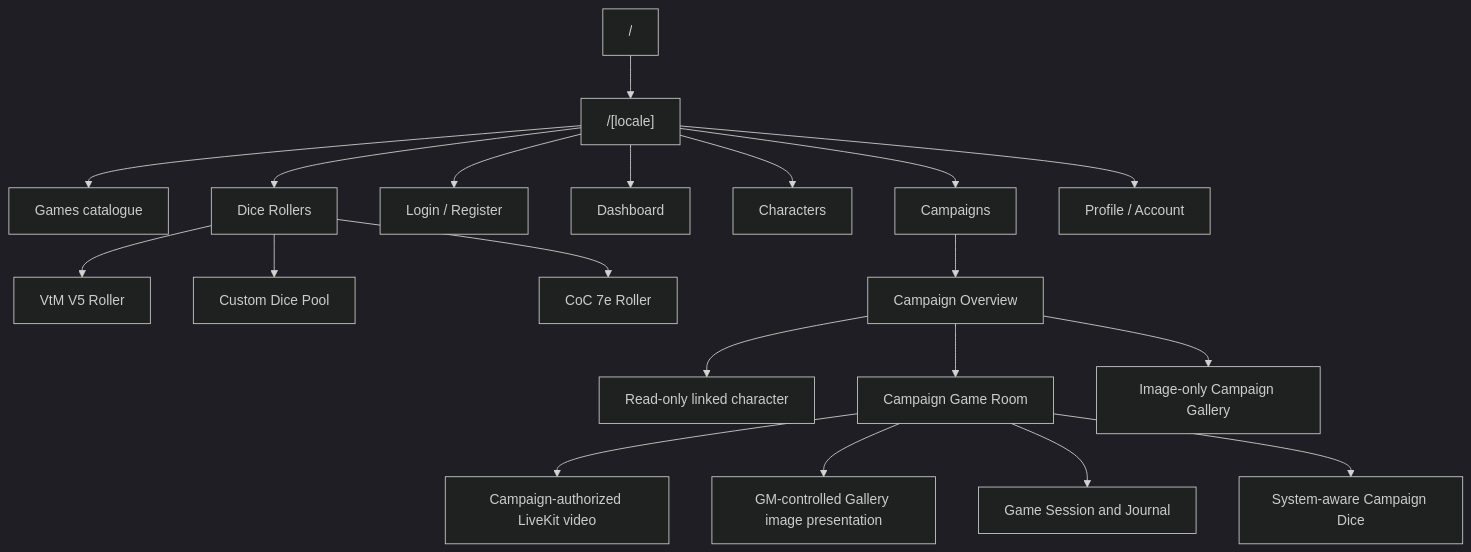
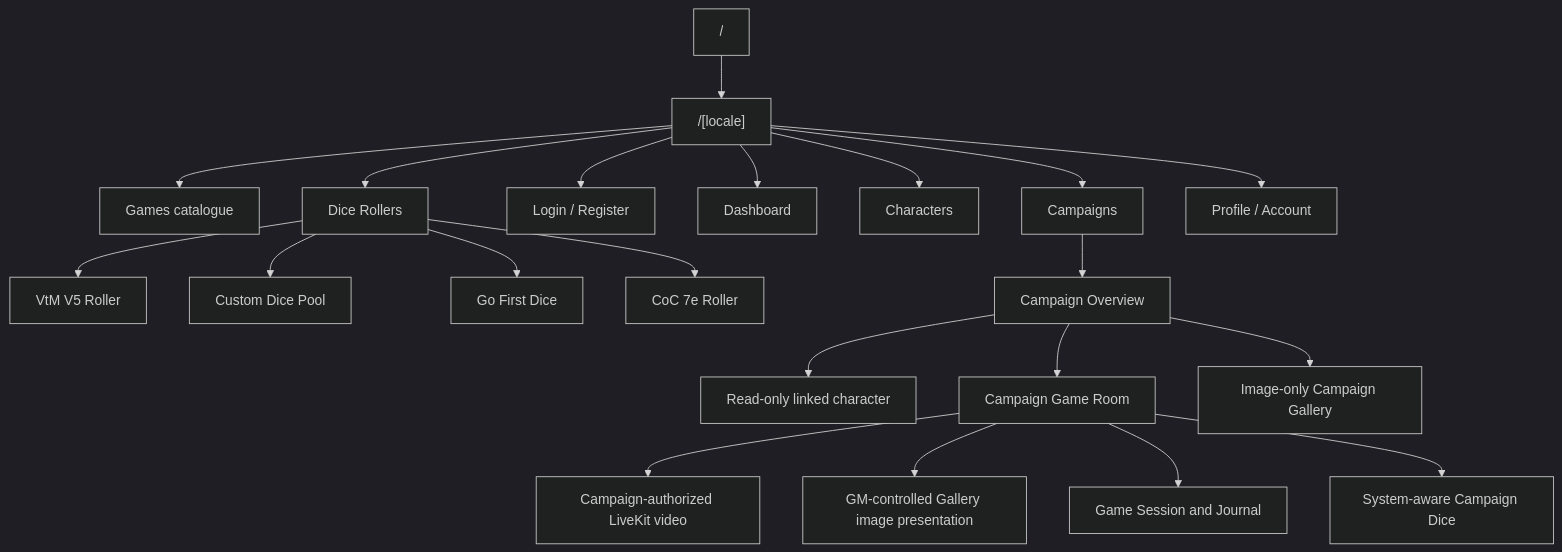
Before and after one commit to Andrey-0101/ttrpg-website: the first of 2 diagrams in docs/product/SITE_MAP.md, drawn with Mermaid (dark theme). The commit also changed other lines of this file and 20 other files, not shown here.

Commit message:
feat: add Go First Dice roller (#56)

````diff
--- a/docs/product/SITE_MAP.md
+++ b/docs/product/SITE_MAP.md
@@ -9,22 +9,23 @@
 ```mermaid
 flowchart TD
     ROOT["/"] --> LOCALE["/[locale]"]
     LOCALE --> GAMES["Games catalogue"]
     LOCALE --> DICE["Dice Rollers"]
     LOCALE --> AUTH["Login / Register"]
     LOCALE --> DASHBOARD["Dashboard"]
     LOCALE --> CHARACTERS["Characters"]
     LOCALE --> CAMPAIGNS["Campaigns"]
     LOCALE --> PROFILE["Profile / Account"]
     DICE --> VTM_DICE["VtM V5 Roller"]
     DICE --> CUSTOM_DICE["Custom Dice Pool"]
+    DICE --> GO_FIRST_DICE["Go First Dice"]
     DICE --> COC_DICE["CoC 7e Roller"]
     CAMPAIGNS --> CAMPAIGN["Campaign Overview"]
     CAMPAIGN --> SHARED_CHARACTER["Read-only linked character"]
     CAMPAIGN --> GAME_ROOM["Campaign Game Room"]
     CAMPAIGN --> GALLERY["Image-only Campaign Gallery"]
     GAME_ROOM --> VIDEO["Campaign-authorized LiveKit video"]
     GAME_ROOM --> DISPLAY["GM-controlled Gallery image presentation"]
     GAME_ROOM --> SESSION["Game Session and Journal"]
     GAME_ROOM --> SYSTEM_DICE["System-aware Campaign Dice"]
 ```
````
